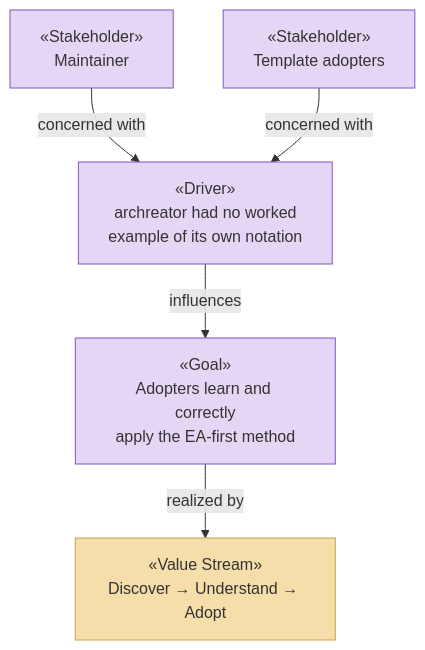
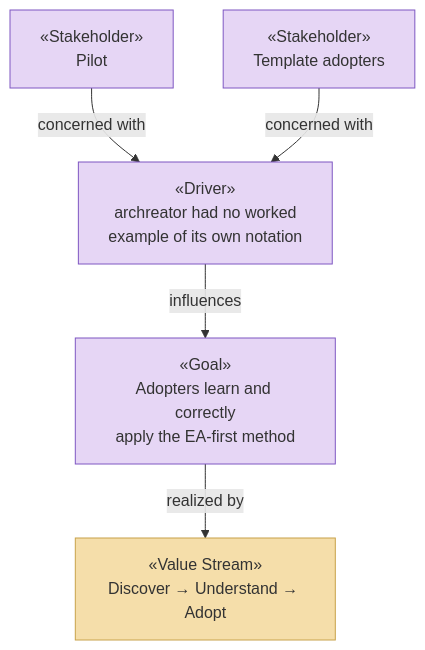
The diagram in example/docs/ea/1_strategy/README.md (roanboc/architecture-archreator), drawn with Mermaid before and after one commit. The commit also changed 18 other files, not shown here.

````diff
--- a/example/docs/ea/1_strategy/README.md
+++ b/example/docs/ea/1_strategy/README.md
@@ -24,17 +24,17 @@
 ```mermaid
 flowchart TB
-  stake1["«Stakeholder»<br>Maintainer"]:::motivation
+  stake1["«Stakeholder»<br>Pilot"]:::motivation
   stake2["«Stakeholder»<br>Template adopters"]:::motivation
   driver["«Driver»<br>archreator had no worked<br>example of its own notation"]:::motivation
   goal["«Goal»<br>Adopters learn and correctly<br>apply the EA-first method"]:::motivation
 
   vs["«Value Stream»<br>Discover → Understand → Adopt"]:::strategy
 
   stake1 -->|concerned with| driver
   stake2 -->|concerned with| driver
   driver -->|influences| goal
   goal -->|realized by| vs
 
   classDef motivation fill:#e6d6f5,stroke:#7e57c2,color:#333
   classDef strategy fill:#f5deaa,stroke:#c8a24a,color:#333
 ```
````
